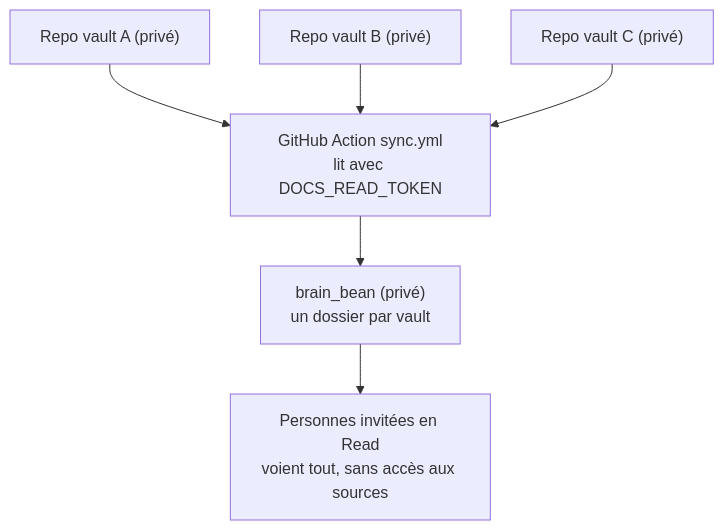
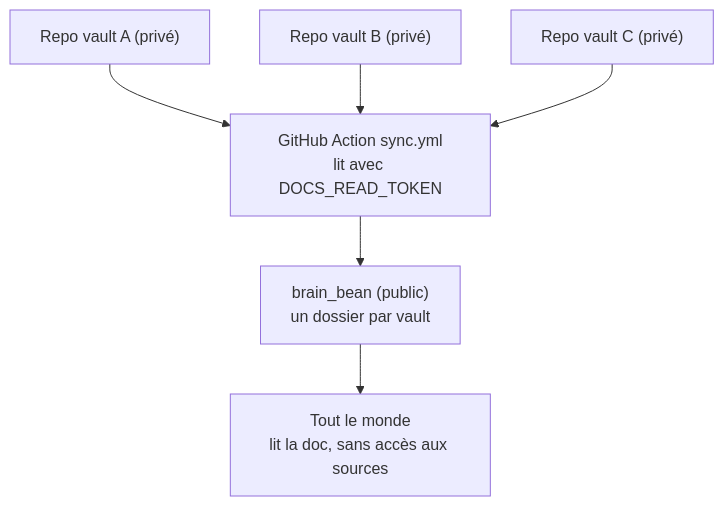
Before and after one commit to theopayet1/brain_bean: the diagram in guide/02-comment-ca-marche.md, drawn with Mermaid. The commit also changed other lines of this file and 8 other files, not shown here.

````diff
--- a/guide/02-comment-ca-marche.md
+++ b/guide/02-comment-ca-marche.md
@@ -24,9 +24,9 @@
 ```mermaid
 flowchart TB
     A["Repo vault A (privé)"] --> S
     B["Repo vault B (privé)"] --> S
     C["Repo vault C (privé)"] --> S
     S["GitHub Action sync.yml<br/>lit avec DOCS_READ_TOKEN"] --> H
-    H["brain_bean (privé)<br/>un dossier par vault"] --> P
-    P["Personnes invitées en Read<br/>voient tout, sans accès aux sources"]
+    H["brain_bean (public)<br/>un dossier par vault"] --> P
+    P["Tout le monde<br/>lit la doc, sans accès aux sources"]
 ```
````
